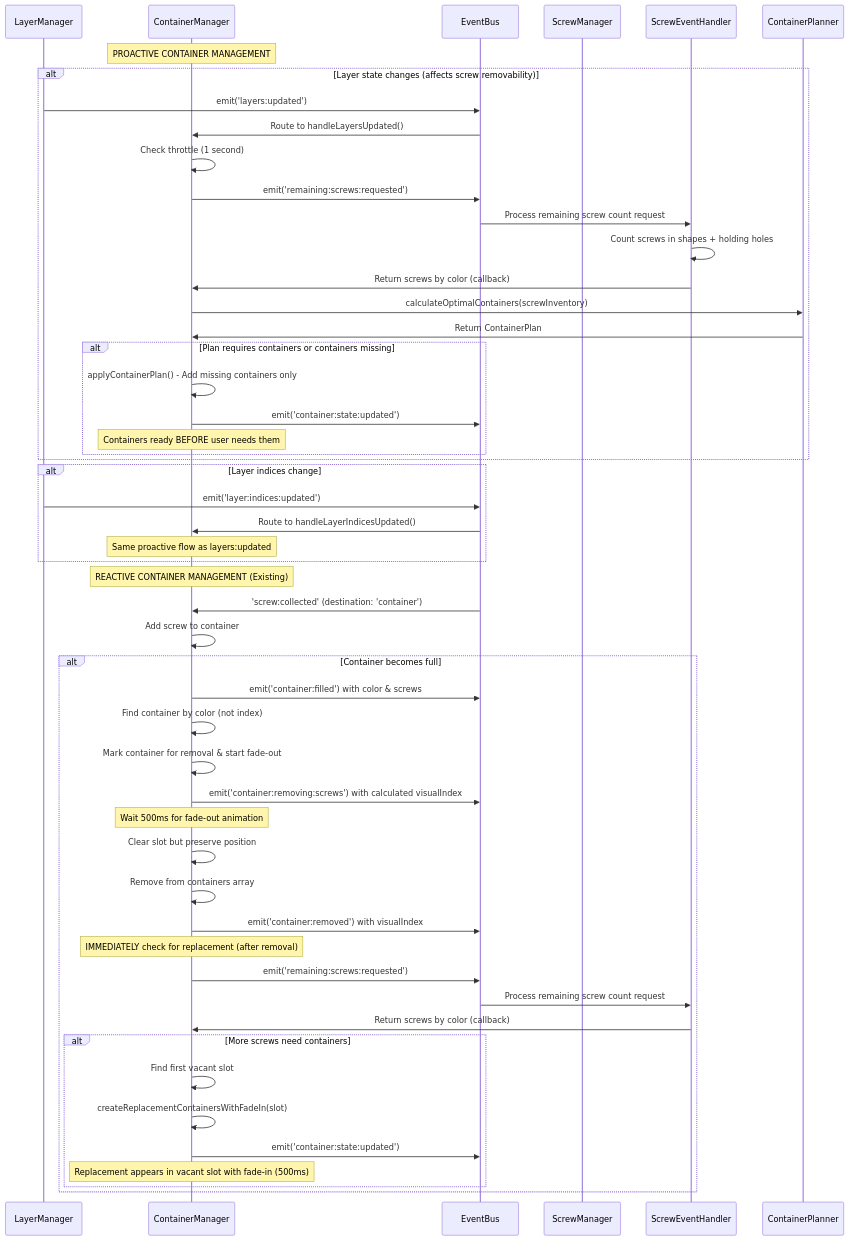
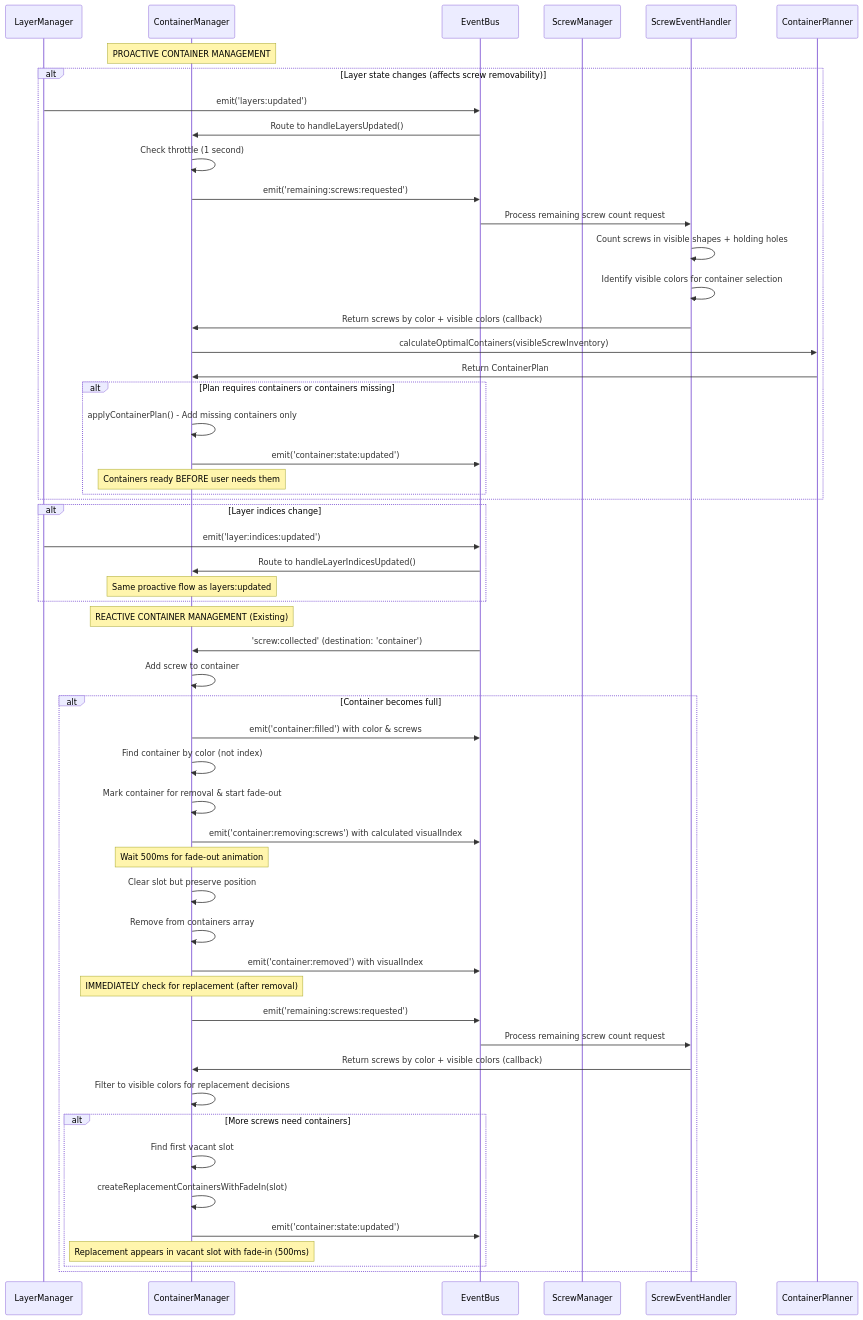
One commit to paulrobello/par-shape-2d changed the second of 6 diagrams in docs/game_event_flows.md. Above: the diagram before and after it, drawn with Mermaid. The commit also changed other lines of this file and 1 other file, not shown here.

First line of the commit message:
docs: update architecture and event flow docs for visible-layer container logic

````diff
--- a/docs/game_event_flows.md
+++ b/docs/game_event_flows.md
@@ -175,64 +175,66 @@
 ```mermaid
 sequenceDiagram
     participant LM as LayerManager
     participant CM as ContainerManager
     participant EB as EventBus
     participant SM as ScrewManager
     participant SEH as ScrewEventHandler
     participant CP as ContainerPlanner
 
     Note over CM: PROACTIVE CONTAINER MANAGEMENT
     
     alt Layer state changes (affects screw removability)
         LM->>EB: emit('layers:updated')
         EB->>CM: Route to handleLayersUpdated()
         CM->>CM: Check throttle (1 second)
         CM->>EB: emit('remaining:screws:requested')
         EB->>SEH: Process remaining screw count request
-        SEH->>SEH: Count screws in shapes + holding holes
-        SEH->>CM: Return screws by color (callback)
-        CM->>CP: calculateOptimalContainers(screwInventory)
+        SEH->>SEH: Count screws in visible shapes + holding holes
+        SEH->>SEH: Identify visible colors for container selection
+        SEH->>CM: Return screws by color + visible colors (callback)
+        CM->>CP: calculateOptimalContainers(visibleScrewInventory)
         CP->>CM: Return ContainerPlan
         
         alt Plan requires containers or containers missing
             CM->>CM: applyContainerPlan() - Add missing containers only
             CM->>EB: emit('container:state:updated')
             Note over CM: Containers ready BEFORE user needs them
         end
     end
     
     alt Layer indices change
         LM->>EB: emit('layer:indices:updated')
         EB->>CM: Route to handleLayerIndicesUpdated()
         Note over CM: Same proactive flow as layers:updated
     end
 
     Note over CM: REACTIVE CONTAINER MANAGEMENT (Existing)
     
     EB->>CM: 'screw:collected' (destination: 'container')
     CM->>CM: Add screw to container
     
     alt Container becomes full
         CM->>EB: emit('container:filled') with color & screws
         CM->>CM: Find container by color (not index)
         CM->>CM: Mark container for removal & start fade-out
         CM->>EB: emit('container:removing:screws') with calculated visualIndex
         
         Note over CM: Wait 500ms for fade-out animation
         CM->>CM: Clear slot but preserve position
         CM->>CM: Remove from containers array
         CM->>EB: emit('container:removed') with visualIndex
         
         Note over CM: IMMEDIATELY check for replacement (after removal)
         CM->>EB: emit('remaining:screws:requested')
         EB->>SEH: Process remaining screw count request
-        SEH->>CM: Return screws by color (callback)
+        SEH->>CM: Return screws by color + visible colors (callback)
+        CM->>CM: Filter to visible colors for replacement decisions
         
         alt More screws need containers
             CM->>CM: Find first vacant slot
             CM->>CM: createReplacementContainersWithFadeIn(slot)
             CM->>EB: emit('container:state:updated')
             Note over CM: Replacement appears in vacant slot with fade-in (500ms)
         end
     end
 ```
````
